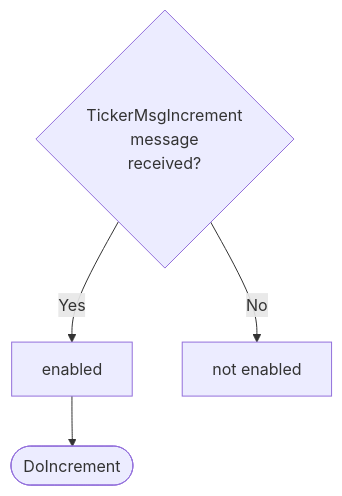
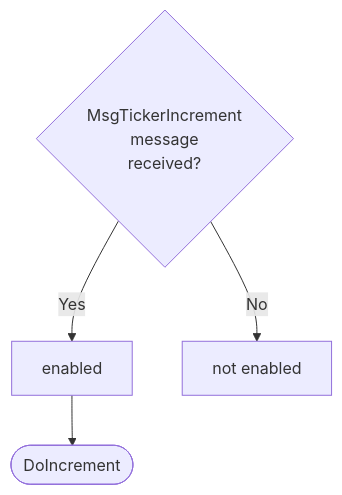
The first of 2 diagrams in docs/arch/node/engines/ticker_behaviour.juvix.md (anoma/nspec), drawn with Mermaid before and after one commit. The commit also changed other lines of this file and 13 other files, not shown here.

````diff
--- a/docs/arch/node/engines/ticker_behaviour.juvix.md
+++ b/docs/arch/node/engines/ticker_behaviour.juvix.md
@@ -144,7 +144,7 @@
 ```mermaid
 flowchart TD
-C{TickerMsgIncrement<br>message<br>received?}
+C{MsgTickerIncrement<br>message<br>received?}
 C -->|Yes| D[enabled]
 C -->|No| E[not enabled]
 D --> F([DoIncrement])
 ```
````
